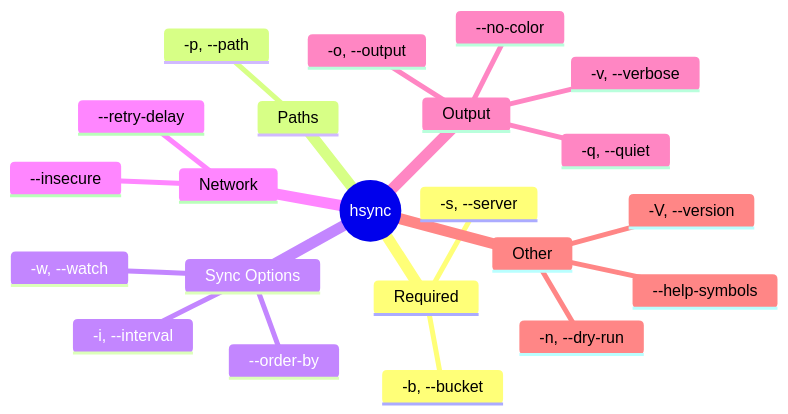
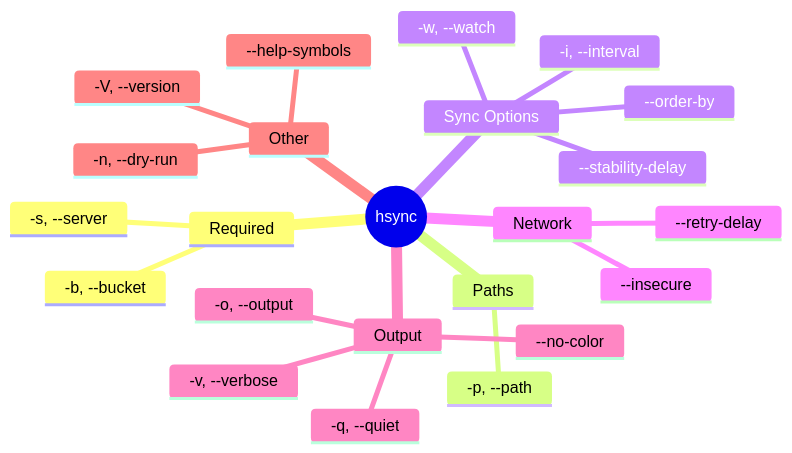
The second of 6 diagrams in docs/usage.md (albertsdk/hsync-client), drawn with Mermaid before and after one commit. The commit also changed other lines of this file and 8 other files, not shown here.

First line of the commit message:
Add configurable file stability delay

````diff
--- a/docs/usage.md
+++ b/docs/usage.md
@@ -39,25 +39,26 @@
 ```mermaid
 mindmap
   root((hsync))
     Required
       -s, --server
       -b, --bucket
     Paths
       -p, --path
     Sync Options
       -w, --watch
       -i, --interval
       --order-by
+      --stability-delay
     Network
       --retry-delay
       --insecure
     Output
       -v, --verbose
       -q, --quiet
       -o, --output
       --no-color
     Other
       -n, --dry-run
       -V, --version
       --help-symbols
 ```
````
